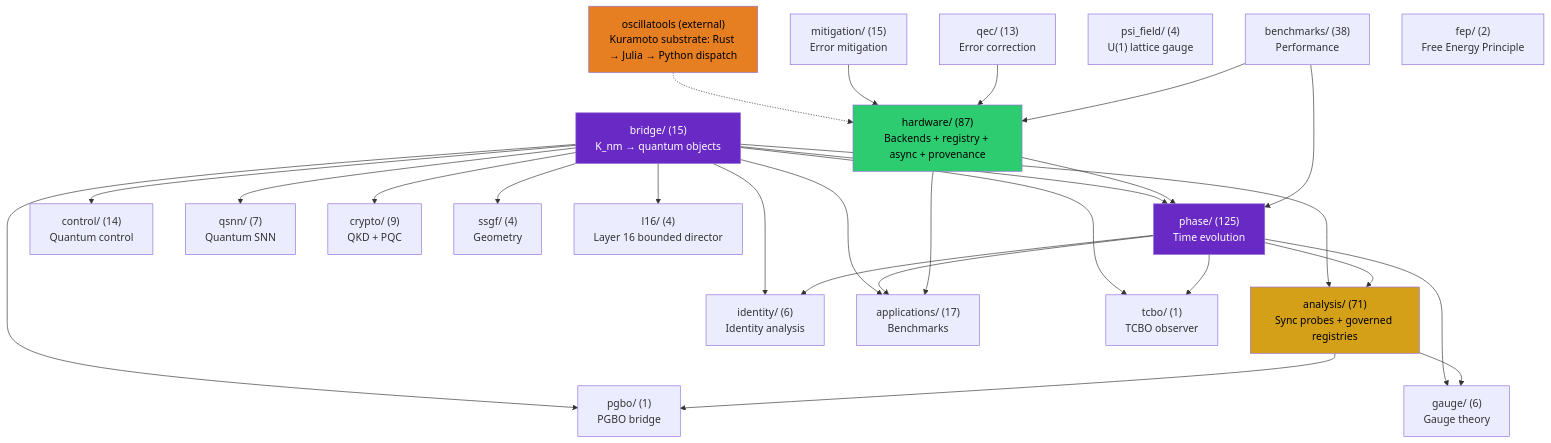
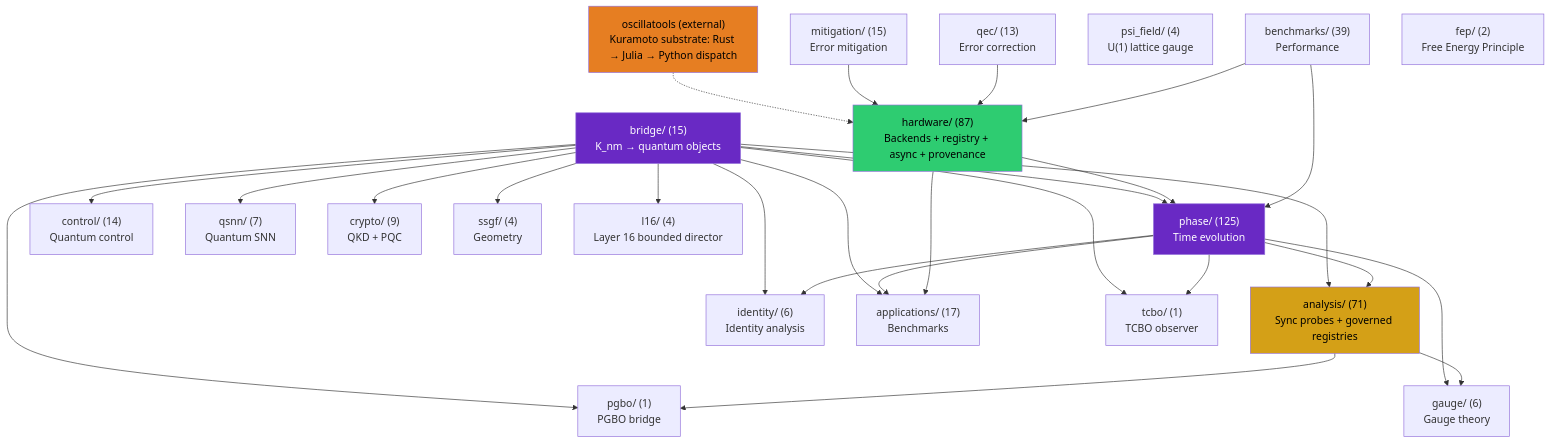
The second of 5 diagrams in docs/architecture.md (anulum/scpn-quantum-control), drawn with Mermaid before and after one commit. The commit also changed other lines of this file and 10 other files, not shown here.

````diff
--- a/docs/architecture.md
+++ b/docs/architecture.md
@@ -826,55 +826,55 @@
 ```mermaid
 graph TD
     bridge["bridge/ (15)\nK_nm → quantum objects"]
     phase["phase/ (125)\nTime evolution"]
     analysis["analysis/ (71)\nSync probes + governed registries"]
     control["control/ (14)\nQuantum control"]
     qsnn["qsnn/ (7)\nQuantum SNN"]
     identity["identity/ (6)\nIdentity analysis"]
     hardware["hardware/ (87)\nBackends + registry + async + provenance"]
     mitigation["mitigation/ (15)\nError mitigation"]
     qec["qec/ (13)\nError correction"]
     gauge["gauge/ (6)\nGauge theory"]
     apps["applications/ (17)\nBenchmarks"]
     crypto["crypto/ (9)\nQKD + PQC"]
-    benchmarks["benchmarks/ (38)\nPerformance"]
+    benchmarks["benchmarks/ (39)\nPerformance"]
     ssgf["ssgf/ (4)\nGeometry"]
     psi_field["psi_field/ (4)\nU(1) lattice gauge"]
     oscillatools["oscillatools (external)\nKuramoto substrate: Rust → Julia → Python dispatch"]
     fep["fep/ (2)\nFree Energy Principle"]
     tcbo["tcbo/ (1)\nTCBO observer"]
     pgbo["pgbo/ (1)\nPGBO bridge"]
     l16["l16/ (4)\nLayer 16 bounded director"]
 
     bridge --> phase
     bridge --> analysis
     bridge --> control
     bridge --> qsnn
     bridge --> identity
     bridge --> apps
     bridge --> crypto
     bridge --> ssgf
     phase --> analysis
     phase --> identity
     phase --> apps
     phase --> gauge
     analysis --> gauge
     hardware --> phase
     hardware --> apps
     oscillatools -.-> hardware
     mitigation --> hardware
     qec --> hardware
     benchmarks --> phase
     benchmarks --> hardware
     bridge --> tcbo
     bridge --> pgbo
     bridge --> l16
     phase --> tcbo
     analysis --> pgbo
 
     style bridge fill:#6929C4,color:#fff
     style analysis fill:#d4a017,color:#000
     style phase fill:#6929C4,color:#fff
     style hardware fill:#2ecc71,color:#000
     style oscillatools fill:#e67e22,color:#000
 ```
````
